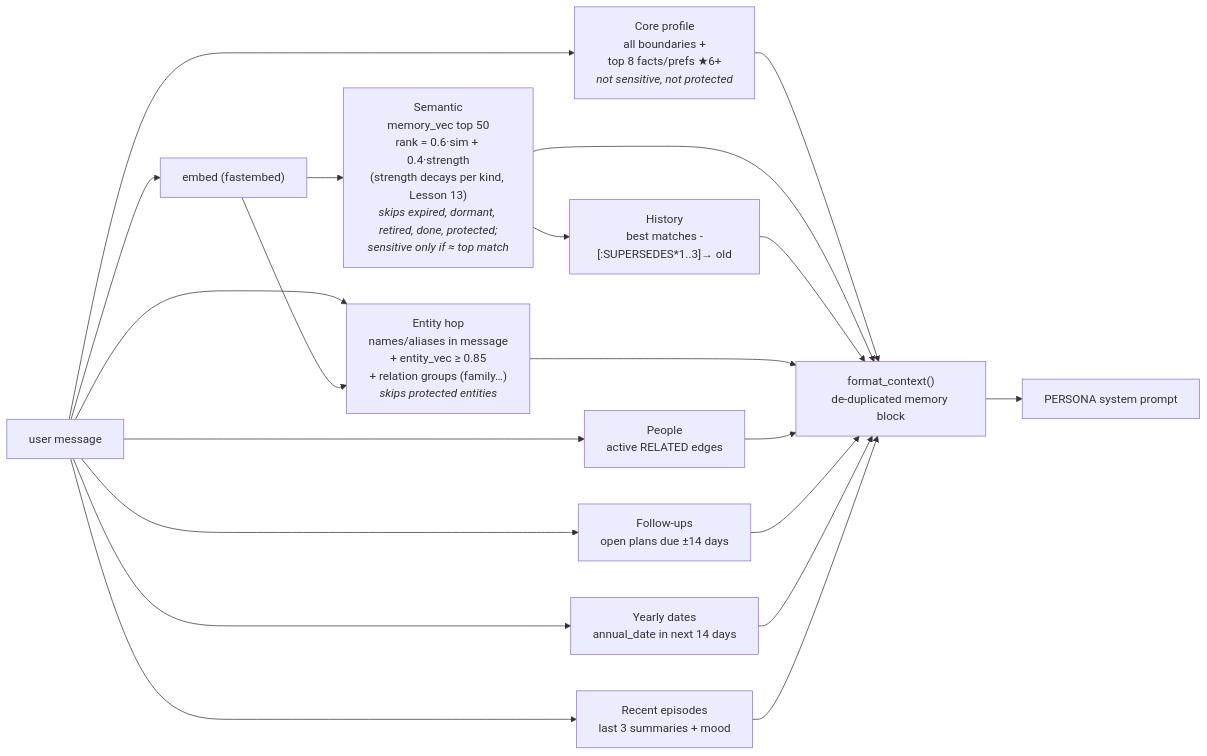
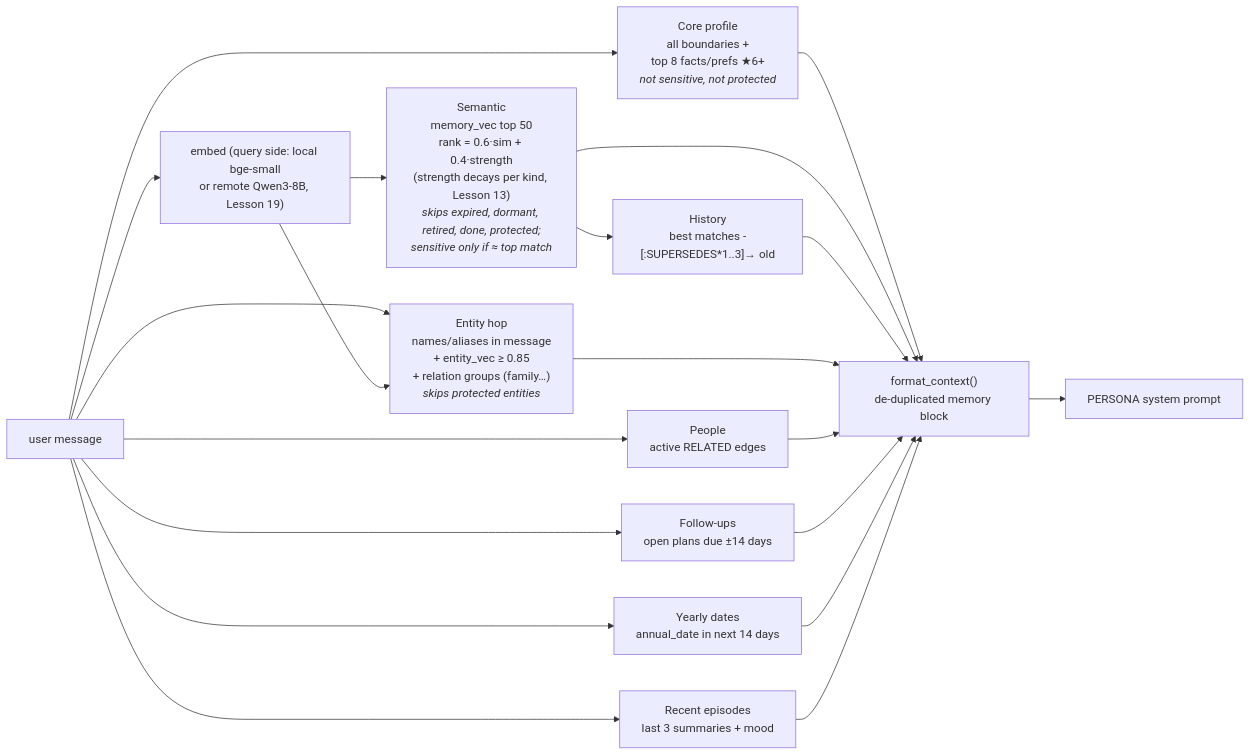
One commit to theRealMarkCastillo/neo4j-graph-tutorial changed the ninth of 23 diagrams in docs/architecture.md. Above: the diagram before and after it, drawn with Mermaid. The commit also changed other lines of this file and 7 other files, not shown here.

````diff
--- a/docs/architecture.md
+++ b/docs/architecture.md
@@ -325,18 +326,18 @@
 ```mermaid
 flowchart LR
-    Q["user message"] --> EMB["embed (fastembed)"]
+    Q["user message"] --> EMB["embed (query side: local bge-small<br/>or remote Qwen3-8B, Lesson 19)"]
 
     EMB --> SEM["Semantic<br/>memory_vec top 50<br/>rank = 0.6·sim + 0.4·strength<br/>(strength decays per kind, Lesson 13)<br/><i>skips expired, dormant, retired, done, protected;<br/>sensitive only if ≈ top match</i>"]
     Q --> CORE["Core profile<br/>all boundaries +<br/>top 8 facts/prefs ★6+<br/><i>not sensitive, not protected</i>"]
     Q --> HOP["Entity hop<br/>names/aliases in message<br/>+ entity_vec ≥ 0.85<br/>+ relation groups (family…)<br/><i>skips protected entities</i>"]
     EMB --> HOP
     Q --> PEOPLE["People<br/>active RELATED edges"]
     Q --> FU["Follow-ups<br/>open plans due ±14 days"]
     Q --> YR["Yearly dates<br/>annual_date in next 14 days"]
     Q --> EP["Recent episodes<br/>last 3 summaries + mood"]
 
     SEM --> HIST["History<br/>best matches -[:SUPERSEDES*1..3]→ old"]
 
     CORE & SEM & HIST & HOP & PEOPLE & FU & YR & EP --> FMT["format_context()<br/>de-duplicated memory block"]
     FMT --> PROMPT["PERSONA system prompt"]
 ```
````
